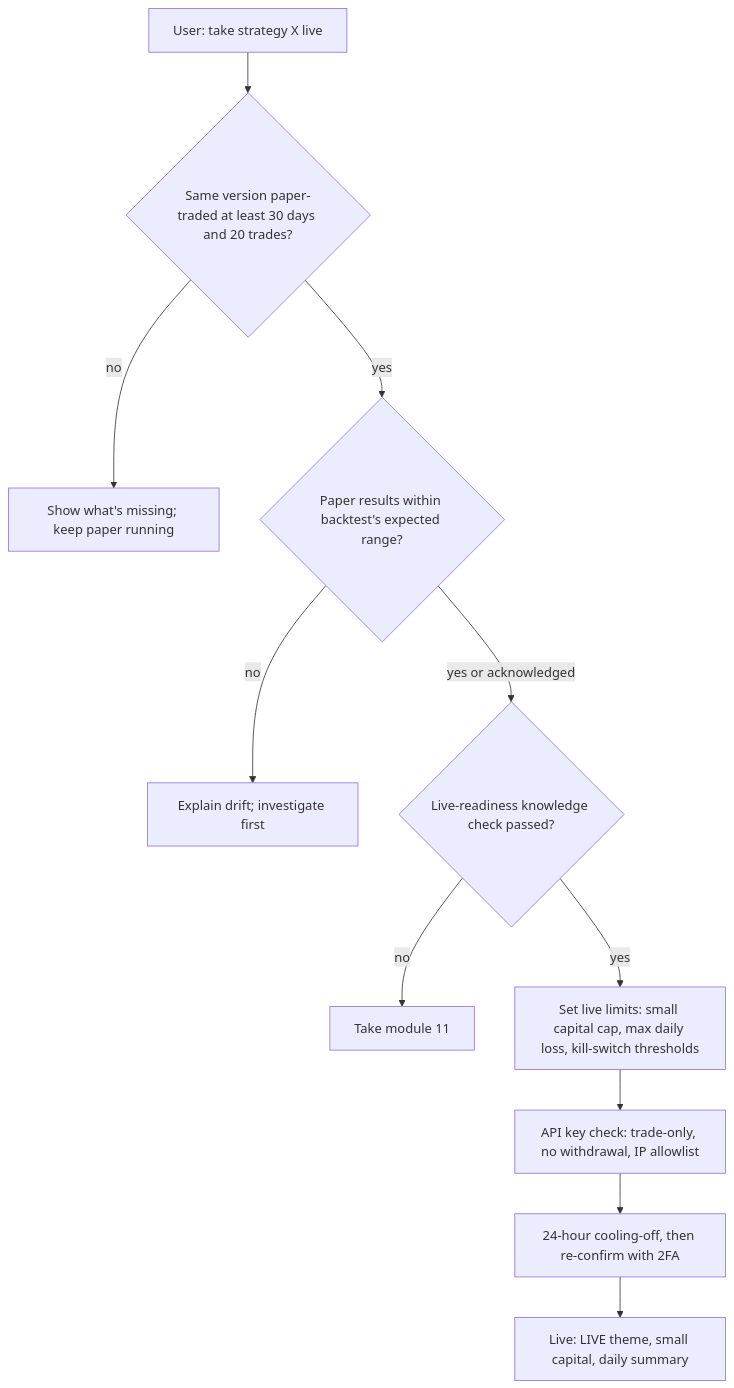
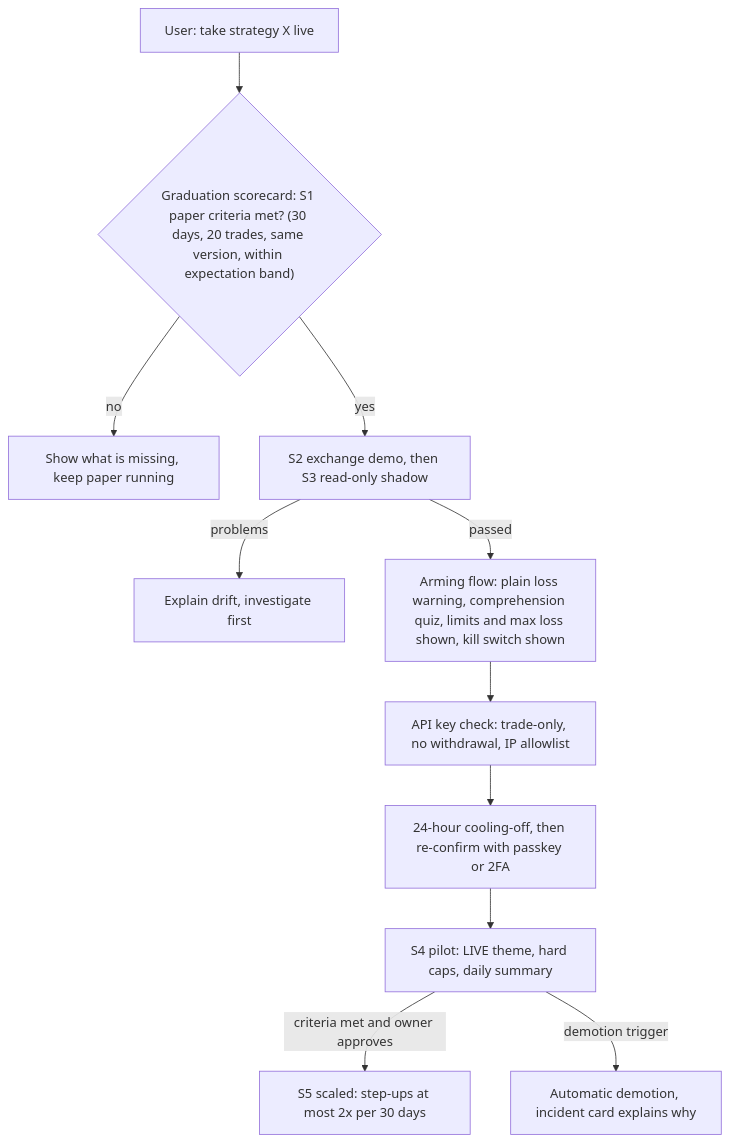
One commit to richiesomething/Ubik changed the second of 2 diagrams in docs/planning/07-ux-and-beginner-experience.md. Above: the diagram before and after it, drawn with Mermaid. The commit also changed other lines of this file and 2 other files, not shown here.

````diff
--- a/docs/planning/07-ux-and-beginner-experience.md
+++ b/docs/planning/07-ux-and-beginner-experience.md
@@ -110,13 +112,13 @@
 ```mermaid
 flowchart TD
-  S["User: take strategy X live"] --> G1{"Same version paper-traded at least 30 days and 20 trades?"}
-  G1 -->|no| W1["Show what's missing; keep paper running"]
-  G1 -->|yes| G2{"Paper results within backtest's expected range?"}
-  G2 -->|no| W2["Explain drift; investigate first"]
-  G2 -->|yes or acknowledged| G3{"Live-readiness knowledge check passed?"}
-  G3 -->|no| W3[Take module 11]
-  G3 -->|yes| G4["Set live limits: small capital cap, max daily loss, kill-switch thresholds"]
-  G4 --> G5["API key check: trade-only, no withdrawal, IP allowlist"]
-  G5 --> G6["24-hour cooling-off, then re-confirm with 2FA"]
-  G6 --> L["Live: LIVE theme, small capital, daily summary"]
+  S["User: take strategy X live"] --> SC{"Graduation scorecard: S1 paper criteria met? (30 days, 20 trades, same version, within expectation band)"}
+  SC -->|no| W1["Show what is missing, keep paper running"]
+  SC -->|yes| D["S2 exchange demo, then S3 read-only shadow"]
+  D -->|problems| W2["Explain drift, investigate first"]
+  D -->|passed| Q["Arming flow: plain loss warning, comprehension quiz, limits and max loss shown, kill switch shown"]
+  Q --> K["API key check: trade-only, no withdrawal, IP allowlist"]
+  K --> C["24-hour cooling-off, then re-confirm with passkey or 2FA"]
+  C --> P["S4 pilot: LIVE theme, hard caps, daily summary"]
+  P -->|criteria met and owner approves| S5["S5 scaled: step-ups at most 2x per 30 days"]
+  P -->|demotion trigger| B["Automatic demotion, incident card explains why"]
 ```
````
